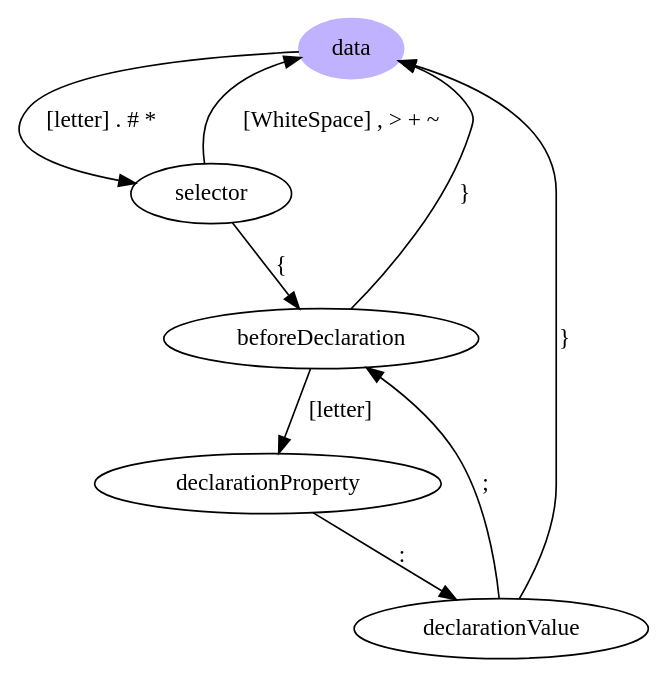
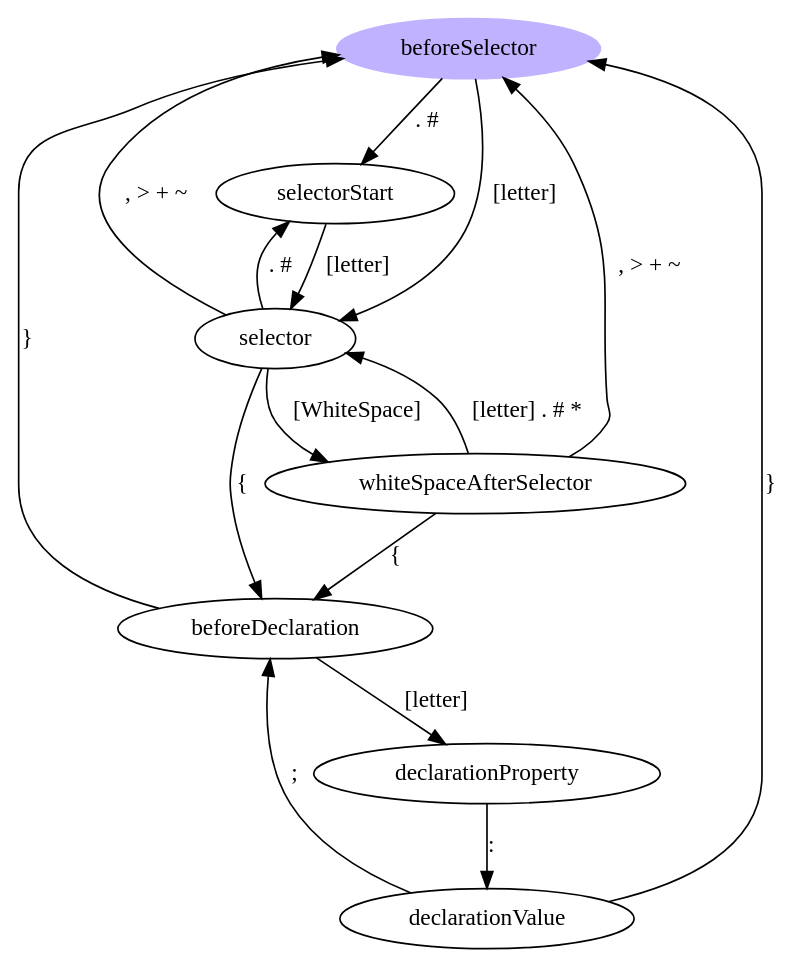
Before and after one commit to cytle/toy-browser: the diagram in media/cssLexicalParser.dot, drawn with Graphviz. The commit also changed 9 other files, not shown here.

```diff
--- a/media/cssLexicalParser.dot
+++ b/media/cssLexicalParser.dot
@@ -1,12 +1,19 @@
 // . # >
 digraph lexicalParser {
-  data[style=filled,color=".7 .3 1.0"]
-  data -> selector [label="[letter] . # *"];
-  selector -> data [label="[WhiteSpace] , > + ~"];
+  beforeSelector[style=filled,color=".7 .3 1.0"]
+  beforeSelector -> selectorStart [label=". #"];
+  beforeSelector -> selector [label="[letter]"];
+  selectorStart -> selector [label="[letter]"];
+  selector -> beforeSelector [label=", > + ~"];
+  selector -> whiteSpaceAfterSelector [label="[WhiteSpace]"];
   selector -> beforeDeclaration [label="{"]
+  selector -> selectorStart [label=". #"]
+  whiteSpaceAfterSelector -> beforeSelector[label=", > + ~"];
+  whiteSpaceAfterSelector -> beforeDeclaration[label="{"];
+  whiteSpaceAfterSelector -> selector[label="[letter] . # *"];
   beforeDeclaration -> declarationProperty [label="[letter]"]
-  beforeDeclaration -> data [label="}"]
+  beforeDeclaration -> beforeSelector [label="}"]
   declarationProperty -> declarationValue [label=":"]
   declarationValue -> beforeDeclaration [label=";"]
-  declarationValue -> data [label="}"]
+  declarationValue -> beforeSelector [label="}"]
 }
```
